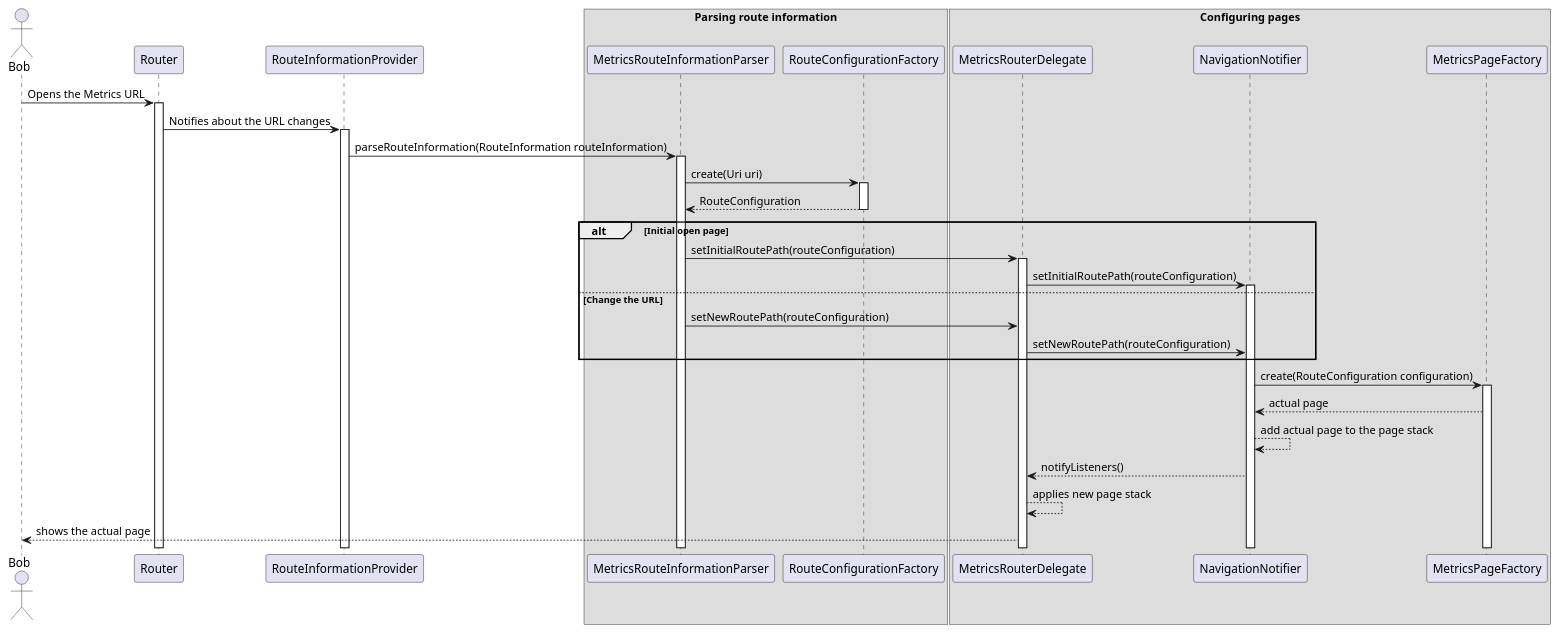
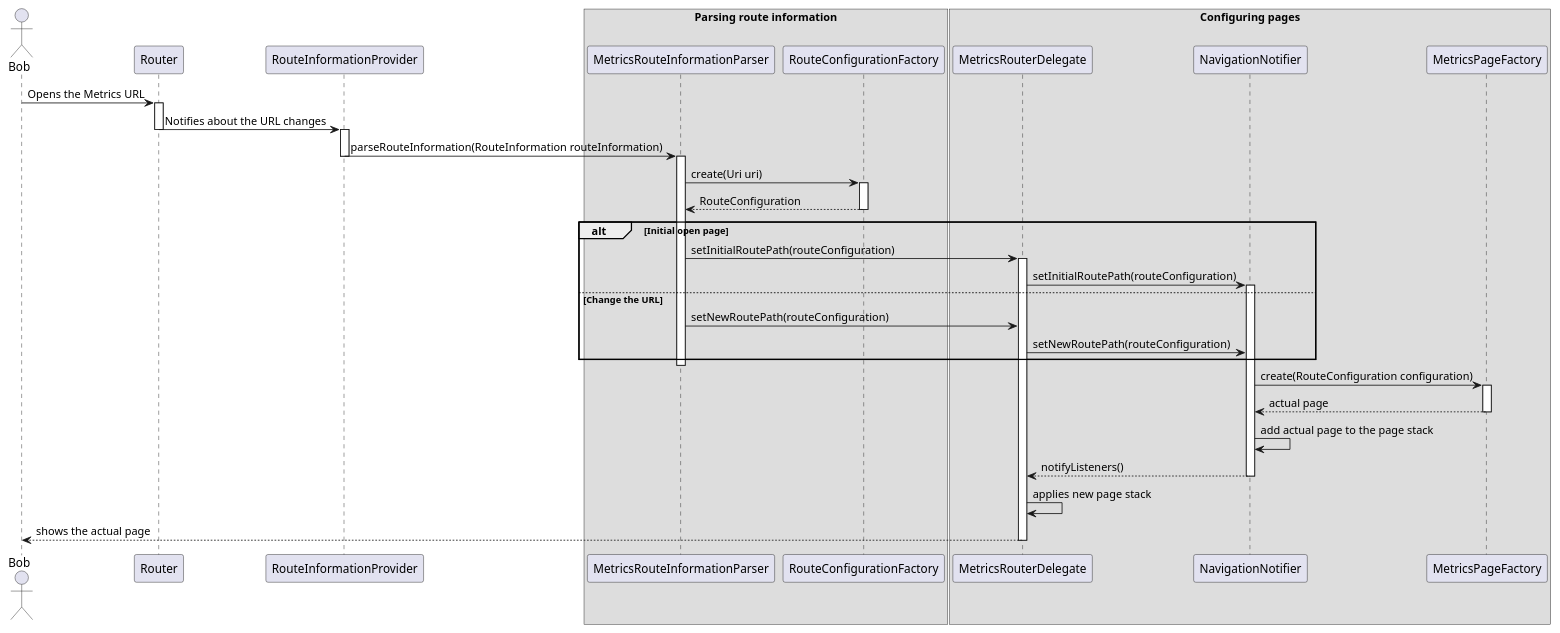
The diagram in metrics/web/docs/features/navigation/diagrams/external_navigation_sequence_diagram.puml (Flank/flank-dashboard), drawn with PlantUML before and after one commit. The commit also changed 2 other files, not shown here.

Commit message:
Improve diagrams and minor documentation fixes

```diff
--- a/metrics/web/docs/features/navigation/diagrams/external_navigation_sequence_diagram.puml
+++ b/metrics/web/docs/features/navigation/diagrams/external_navigation_sequence_diagram.puml
@@ -1,58 +1,63 @@
 @startuml external_navigation_sequence_diagram.puml
 
 actor Bob
 
 participant Router
 participant RouteInformationProvider
 
 box Parsing route information
 participant MetricsRouteInformationParser
 participant RouteConfigurationFactory
 endbox
 
 box Configuring pages
 participant MetricsRouterDelegate
 participant NavigationNotifier
 participant MetricsPageFactory
 endbox
 
 Bob -> Router : Opens the Metrics URL
 activate Router
 
 Router -> RouteInformationProvider : Notifies about the URL changes
+deactivate Router
 activate RouteInformationProvider
 
 RouteInformationProvider -> MetricsRouteInformationParser : parseRouteInformation(RouteInformation routeInformation)
+deactivate RouteInformationProvider
 activate MetricsRouteInformationParser
 
 MetricsRouteInformationParser -> RouteConfigurationFactory : create(Uri uri)
 activate RouteConfigurationFactory
 
 return RouteConfiguration
 
 alt Initial open page
     MetricsRouteInformationParser -> MetricsRouterDelegate : setInitialRoutePath(routeConfiguration)
     activate MetricsRouterDelegate
 
     MetricsRouterDelegate -> NavigationNotifier : setInitialRoutePath(routeConfiguration)
     activate NavigationNotifier
 else Change the URL
     MetricsRouteInformationParser -> MetricsRouterDelegate : setNewRoutePath(routeConfiguration)
 
     MetricsRouterDelegate -> NavigationNotifier : setNewRoutePath(routeConfiguration)
 end
+deactivate MetricsRouteInformationParser
 
 NavigationNotifier -> MetricsPageFactory : create(RouteConfiguration configuration)
 activate MetricsPageFactory
 
-MetricsPageFactory --> NavigationNotifier : actual page
+return actual page
 
-NavigationNotifier --> NavigationNotifier : add actual page to the page stack
+NavigationNotifier -> NavigationNotifier : add actual page to the page stack
 
 NavigationNotifier --> MetricsRouterDelegate: notifyListeners()
+deactivate NavigationNotifier
 
-MetricsRouterDelegate --> MetricsRouterDelegate: applies new page stack
+MetricsRouterDelegate -> MetricsRouterDelegate: applies new page stack
 
 MetricsRouterDelegate --> Bob : shows the actual page
+deactivate MetricsRouterDelegate
 
 @enduml
```
